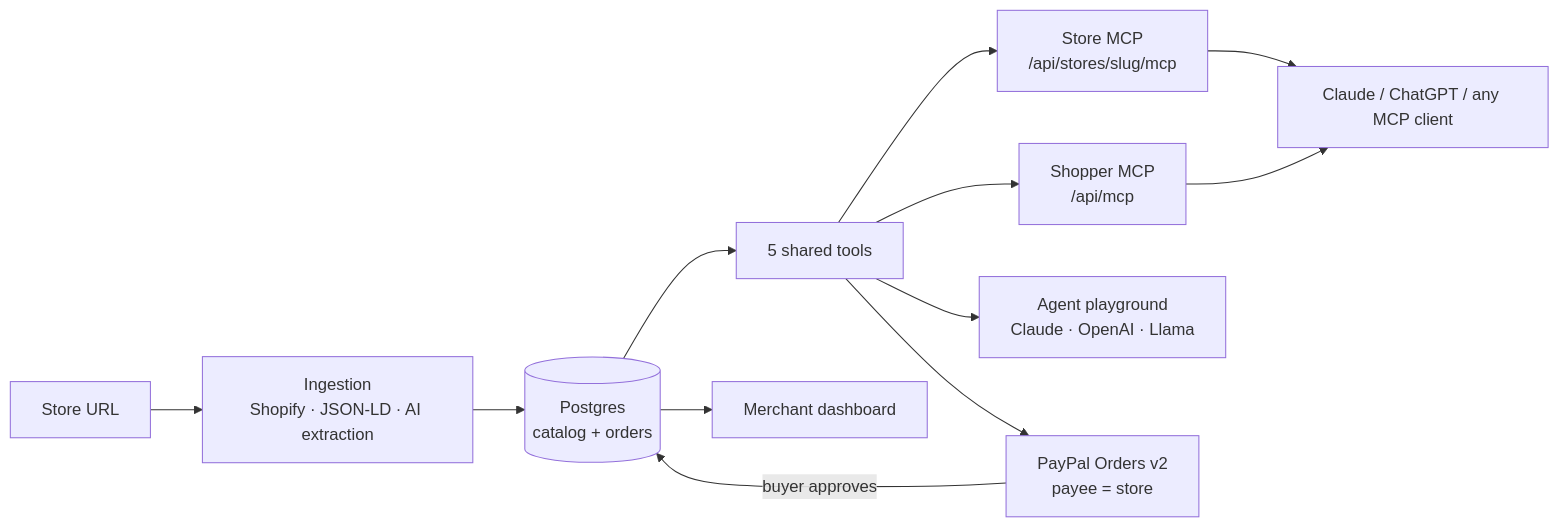
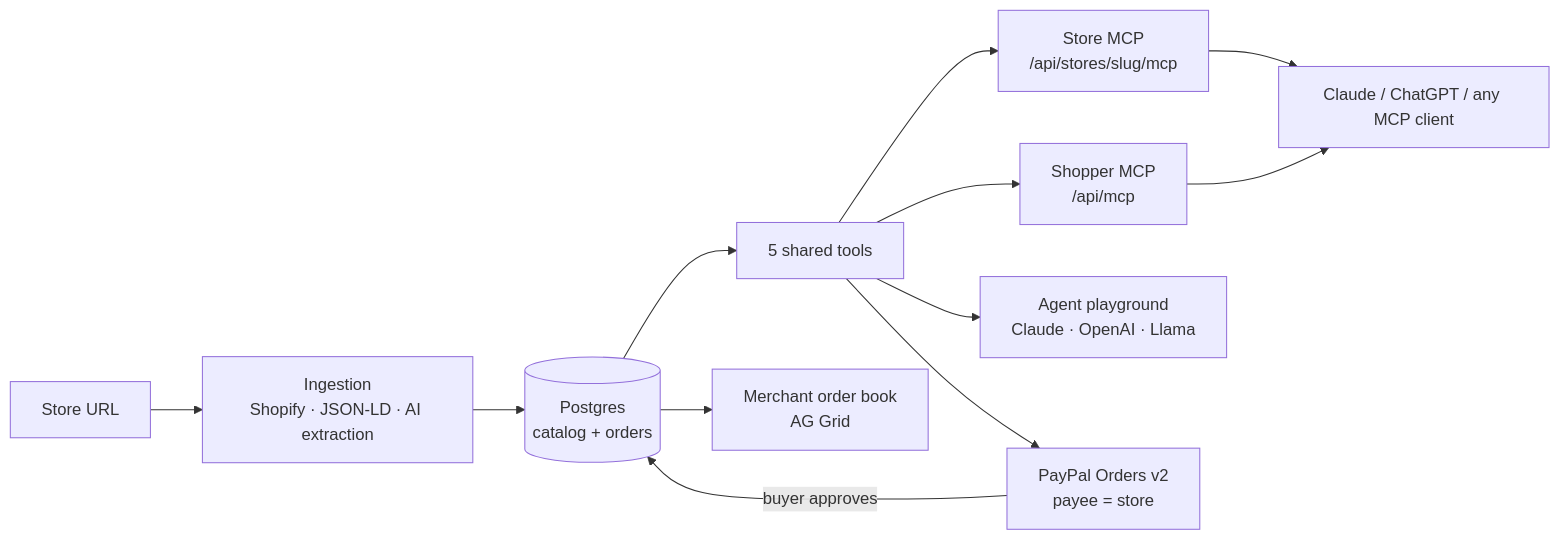
The diagram in README.md (nicopriotto/vitrina), drawn with Mermaid before and after one commit. The commit also changed other lines of this file and 8 other files, not shown here.

````diff
--- a/README.md
+++ b/README.md
@@ -56,14 +56,14 @@
 ```mermaid
 flowchart LR
   URL[Store URL] --> ING[Ingestion<br/>Shopify · JSON-LD · AI extraction]
   ING --> DB[(Postgres<br/>catalog + orders)]
   DB --> TOOLS[5 shared tools]
   TOOLS --> MCP[Store MCP<br/>/api/stores/slug/mcp]
   TOOLS --> GMCP[Shopper MCP<br/>/api/mcp]
   TOOLS --> PG[Agent playground<br/>Claude · OpenAI · Llama]
   MCP --> CLIENT[Claude / ChatGPT / any MCP client]
   GMCP --> CLIENT
   TOOLS --> PP[PayPal Orders v2<br/>payee = store]
   PP -- buyer approves --> DB
-  DB --> DASH[Merchant dashboard]
+  DB --> DASH[Merchant order book<br/>AG Grid]
 ```
````
